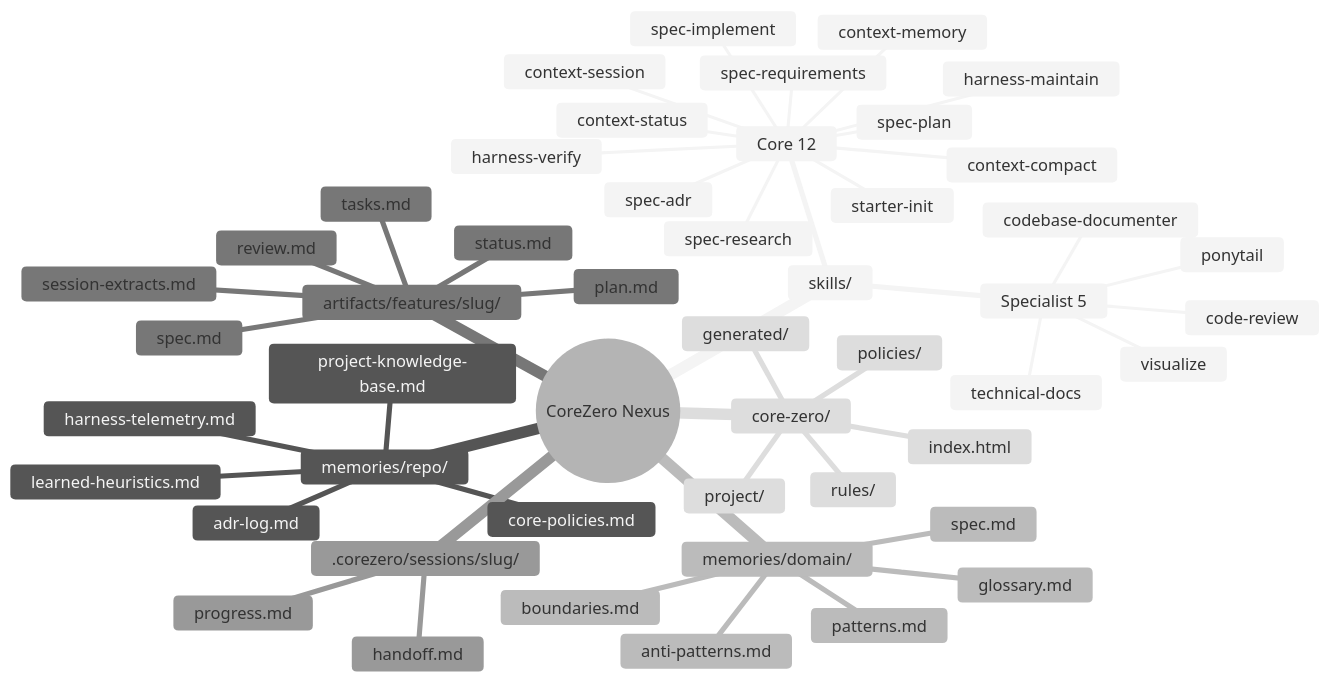
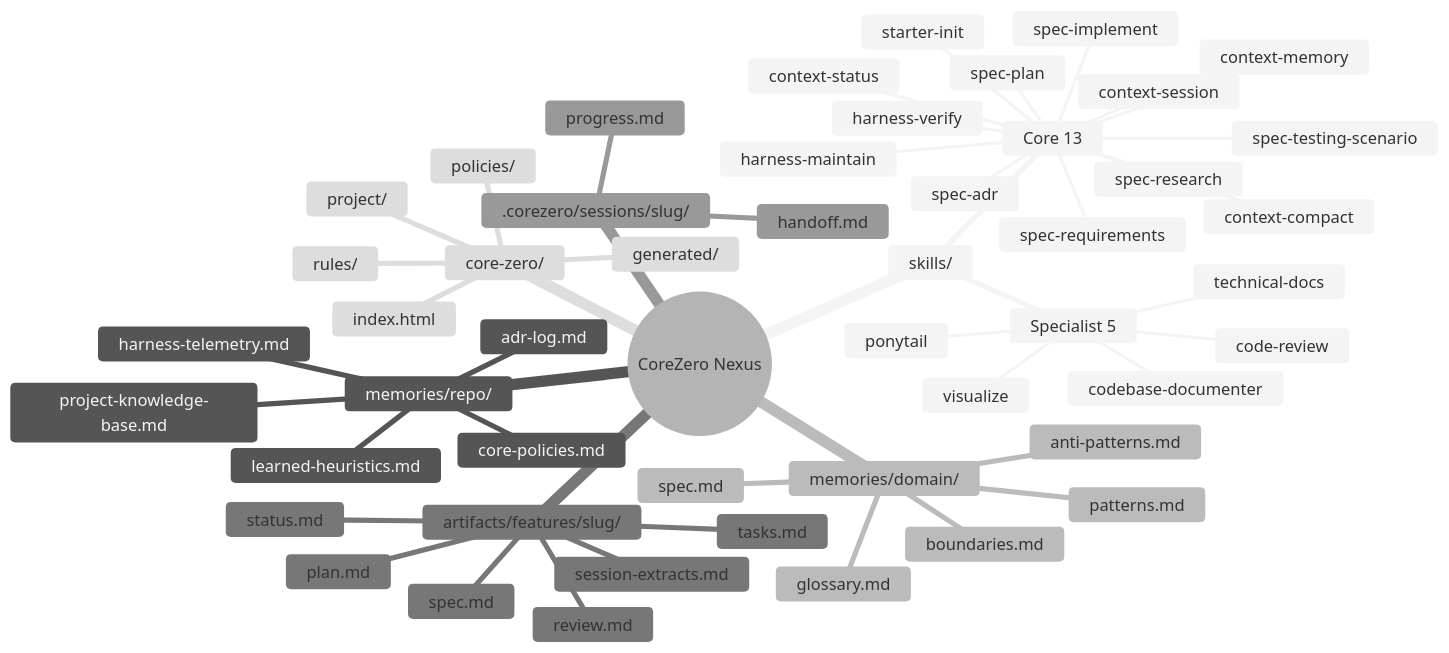
One commit to thaihai-swe/CoreZero-Nexus changed the second of 3 diagrams in documents/architecture.md. Above: the diagram before and after it, drawn with Mermaid (neutral theme). The commit also changed other lines of this file and 48 other files, not shown here.

````diff
--- a/documents/architecture.md
+++ b/documents/architecture.md
@@ -269,52 +275,53 @@
 ```mermaid
 mindmap
   root((CoreZero Nexus))
     skills/
-      Core 12
+      Core 13
         starter-init
         context-session
         context-status
         context-memory
         context-compact
         spec-research
         spec-requirements
         spec-adr
         spec-plan
         spec-implement
         harness-verify
         harness-maintain
+        spec-testing-scenario
       Specialist 5
         code-review
         visualize
         codebase-documenter
         technical-docs
         ponytail
     memories/repo/
       adr-log.md
       core-policies.md
       harness-telemetry.md
       learned-heuristics.md
       project-knowledge-base.md
     memories/domain/
       anti-patterns.md
       boundaries.md
       glossary.md
       patterns.md
       spec.md
     artifacts/features/slug/
       status.md
       spec.md
       plan.md
       tasks.md
       review.md
       session-extracts.md
     .corezero/sessions/slug/
       progress.md
       handoff.md
     core-zero/
       generated/
       policies/
       project/
       rules/
       index.html
 ```
````
